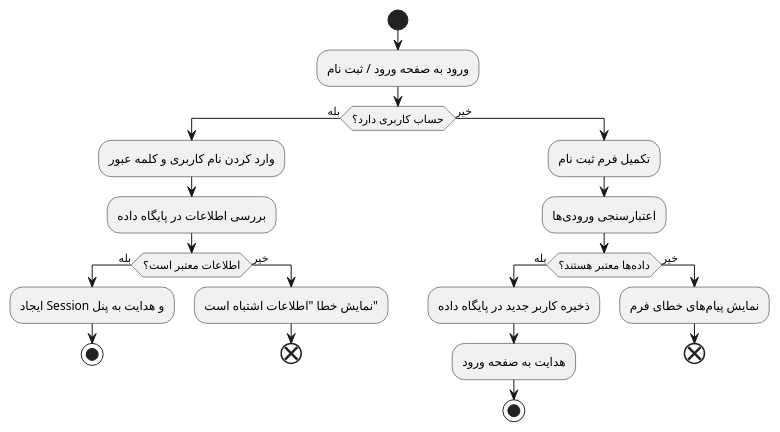
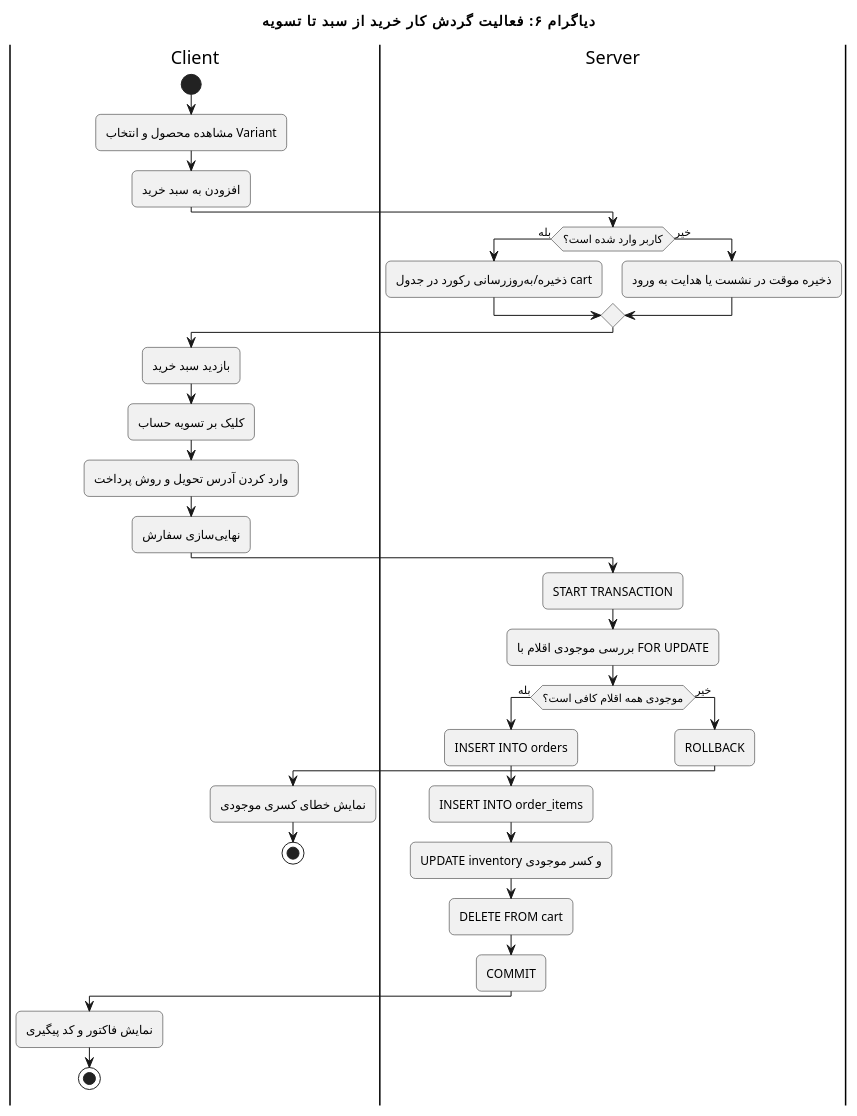
The sixth of 10 diagrams in readme.md (Silent-Galaxy/cbpos), drawn with PlantUML before and after one commit. The commit also changed other lines of this file, not shown here.

````diff
--- a/readme.md
+++ b/readme.md
@@ -333,28 +916,47 @@
 ```plantuml
 @startuml
+title دیاگرام ۶: فعالیت گردش کار خرید از سبد تا تسویه
+skinparam roundcorner 10
+skinparam shadowing false
+skinparam defaultFontName "Arial"
+
+|Client|
 start
-:ورود به صفحه ورود / ثبت نام;
-if (حساب کاربری دارد؟) then (بله)
-  :وارد کردن نام کاربری و کلمه عبور;
-  :بررسی اطلاعات در پایگاه داده;
-  if (اطلاعات معتبر است؟) then (بله)
-    :ایجاد Session و هدایت به پنل;
-    stop
-  else (خیر)
-    :نمایش خطا "اطلاعات اشتباه است";
-    end
-  endif
+:مشاهده محصول و انتخاب Variant;
+:افزودن به سبد خرید;
+
+|Server|
+if (کاربر وارد شده است؟) then (بله)
+  :ذخیره/به‌روزرسانی رکورد در جدول cart;
 else (خیر)
-  :تکمیل فرم ثبت نام;
-  :اعتبارسنجی ورودی‌ها;
-  if (داده‌ها معتبر هستند؟) then (بله)
-    :ذخیره کاربر جدید در پایگاه داده;
-    :هدایت به صفحه ورود;
-    stop
-  else (خیر)
-    :نمایش پیام‌های خطای فرم;
-    end
-  endif
+  :ذخیره موقت در نشست یا هدایت به ورود;
+endif
+
+|Client|
+:بازدید سبد خرید;
+:کلیک بر تسویه حساب;
+:وارد کردن آدرس تحویل و روش پرداخت;
+:نهایی‌سازی سفارش;
+
+|Server|
+:START TRANSACTION;
+:بررسی موجودی اقلام با FOR UPDATE;
+
+if (موجودی همه اقلام کافی است؟) then (بله)
+  :INSERT INTO orders;
+  :INSERT INTO order_items;
+  :UPDATE inventory و کسر موجودی;
+  :DELETE FROM cart;
+  :COMMIT;
+  |Client|
+  :نمایش فاکتور و کد پیگیری;
+  stop
+else (خیر)
+  |Server|
+  :ROLLBACK;
+  |Client|
+  :نمایش خطای کسری موجودی;
+  stop
 endif
 @enduml
 ```
````
